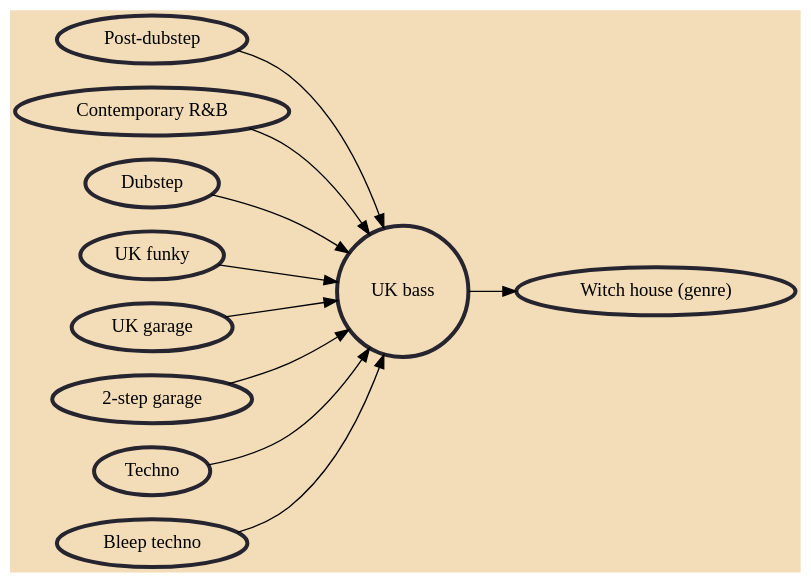
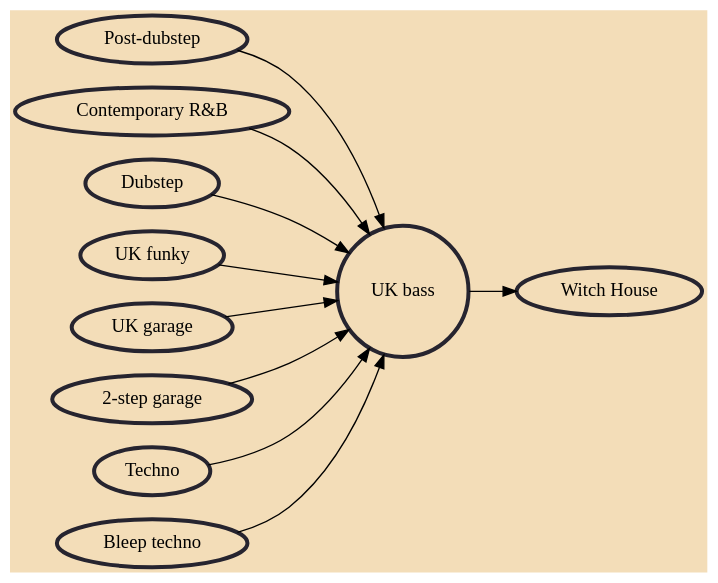
The diagram in Music/UK bass.md (avengerpenguin/musicgenres), drawn with Graphviz before and after one commit. The commit also changed other lines of this file and 9 other files, not shown here.

Commit message:
Simplify Witch House (genre) to just Witch House

````diff
--- a/Music/UK bass.md
+++ b/Music/UK bass.md
@@ -6,25 +6,25 @@
 ```dot
 digraph {
 	graph [bgcolor="#F3DDB8" rankdir=LR]
 	node [color="#26242F" penwidth=3.0]
 	"UK bass" [shape=circle]
 	"Post-dubstep" [URL="/post-dubstep/"]
 	"Post-dubstep" -> "UK bass"
 	"Contemporary R&B" [URL="/contemporary-rb/"]
 	"Contemporary R&B" -> "UK bass"
 	Dubstep [URL="/dubstep/"]
 	Dubstep -> "UK bass"
 	"UK funky" [URL="/uk-funky/"]
 	"UK funky" -> "UK bass"
 	"UK garage" [URL="/uk-garage/"]
 	"UK garage" -> "UK bass"
 	"2-step garage" [URL="/2-step-garage/"]
 	"2-step garage" -> "UK bass"
 	Techno [URL="/techno/"]
 	Techno -> "UK bass"
 	"Bleep techno" [URL="/bleep-techno/"]
 	"Bleep techno" -> "UK bass"
-	"Witch house (genre)" [URL="/witch-house-genre/"]
-	"UK bass" -> "Witch house (genre)"
+	"Witch House" [URL="/witch-house/"]
+	"UK bass" -> "Witch House"
 }
 ```
````
